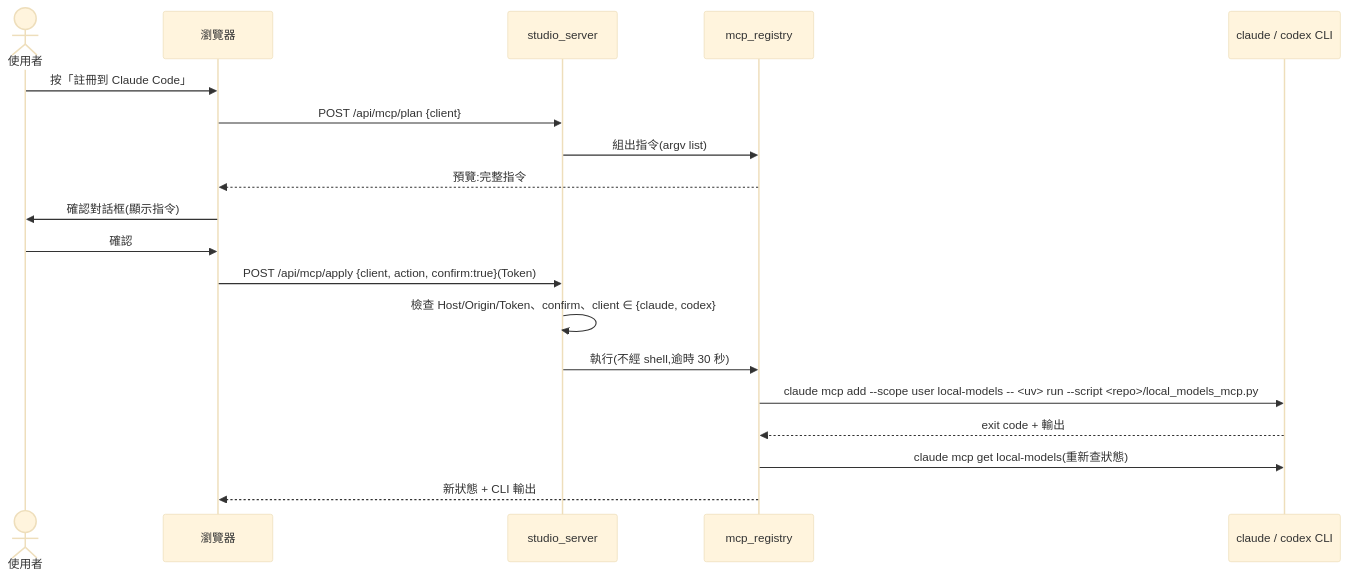
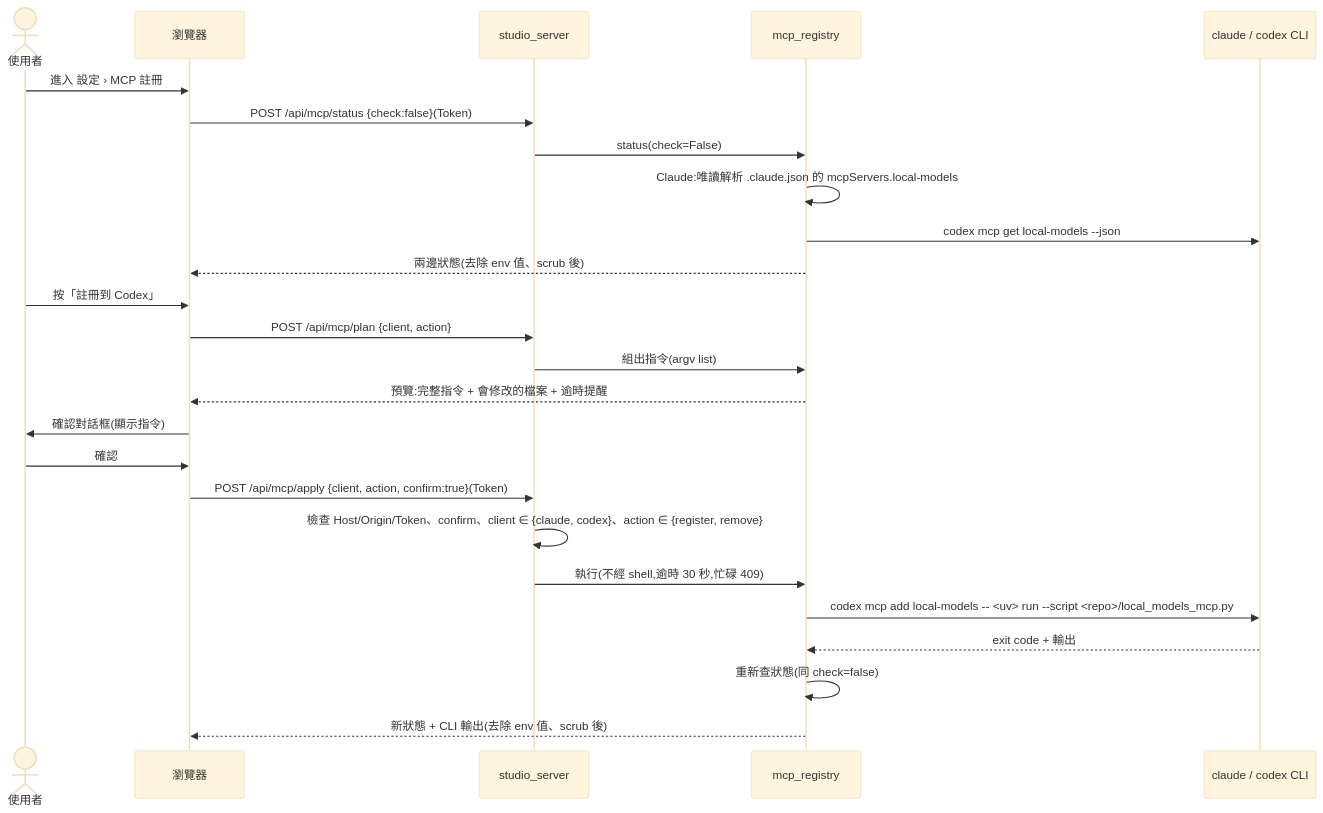
The second of 3 diagrams in docs/changes/CHG-20261022-02.md (kamira/podcast-studio), drawn with Mermaid (base theme) before and after one commit. The commit also changed other lines of this file, not shown here.

````diff
--- a/docs/changes/CHG-20261022-02.md
+++ b/docs/changes/CHG-20261022-02.md
@@ -71,22 +91,28 @@
 ```mermaid
 sequenceDiagram
   actor U as 使用者
   participant B as 瀏覽器
   participant S as studio_server
   participant M as mcp_registry
   participant C as claude / codex CLI
 
-  U->>B: 按「註冊到 Claude Code」
-  B->>S: POST /api/mcp/plan {client}
+  U->>B: 進入 設定 › MCP 註冊
+  B->>S: POST /api/mcp/status {check:false}(Token)
+  S->>M: status(check=False)
+  M->>M: Claude:唯讀解析 .claude.json 的 mcpServers.local-models
+  M->>C: codex mcp get local-models --json
+  M-->>B: 兩邊狀態(去除 env 值、scrub 後)
+  U->>B: 按「註冊到 Codex」
+  B->>S: POST /api/mcp/plan {client, action}
   S->>M: 組出指令(argv list)
-  M-->>B: 預覽:完整指令
+  M-->>B: 預覽:完整指令 + 會修改的檔案 + 逾時提醒
   B->>U: 確認對話框(顯示指令)
   U->>B: 確認
   B->>S: POST /api/mcp/apply {client, action, confirm:true}(Token)
-  S->>S: 檢查 Host/Origin/Token、confirm、client ∈ {claude, codex}
-  S->>M: 執行(不經 shell,逾時 30 秒)
-  M->>C: claude mcp add --scope user local-models -- <uv> run --script <repo>/local_models_mcp.py
+  S->>S: 檢查 Host/Origin/Token、confirm、client ∈ {claude, codex}、action ∈ {register, remove}
+  S->>M: 執行(不經 shell,逾時 30 秒,忙碌 409)
+  M->>C: codex mcp add local-models -- <uv> run --script <repo>/local_models_mcp.py
   C-->>M: exit code + 輸出
-  M->>C: claude mcp get local-models(重新查狀態)
-  M-->>B: 新狀態 + CLI 輸出
+  M->>M: 重新查狀態(同 check=false)
+  M-->>B: 新狀態 + CLI 輸出(去除 env 值、scrub 後)
 ```
````
